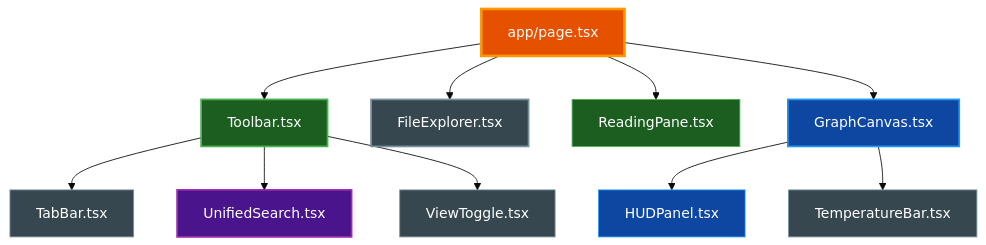
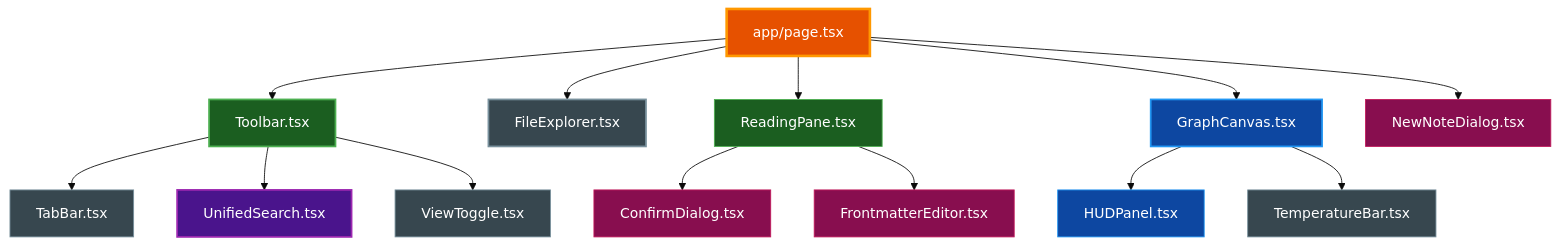
One commit to paulrobello/parsidion changed the second of 4 diagrams in docs/VISUALIZER.md. Above: the diagram before and after it, drawn with Mermaid (base theme). The commit also changed other lines of this file and 17 other files, not shown here.

First line of the commit message:
feat(visualizer): add note editing, creation, deletion with structured frontmatter editor

````diff
--- a/docs/VISUALIZER.md
+++ b/docs/VISUALIZER.md
@@ -102,34 +102,43 @@
 ```mermaid
 graph TD
     Page[app/page.tsx]
     Toolbar[Toolbar.tsx]
     TabBar[TabBar.tsx]
     Search[UnifiedSearch.tsx]
     ViewToggle[ViewToggle.tsx]
     Sidebar[FileExplorer.tsx]
     ReadPane[ReadingPane.tsx]
     GraphCanvas[GraphCanvas.tsx]
     HUD[HUDPanel.tsx]
     TempBar[TemperatureBar.tsx]
+    NewNote[NewNoteDialog.tsx]
+    Confirm[ConfirmDialog.tsx]
+    FmEditor[FrontmatterEditor.tsx]
 
     Page --> Toolbar
     Toolbar --> TabBar
     Toolbar --> Search
     Toolbar --> ViewToggle
     Page --> Sidebar
     Page --> ReadPane
     Page --> GraphCanvas
+    Page --> NewNote
+    ReadPane --> Confirm
+    ReadPane --> FmEditor
     GraphCanvas --> HUD
     GraphCanvas --> TempBar
 
     style Page fill:#e65100,stroke:#ff9800,stroke-width:3px,color:#ffffff
     style Toolbar fill:#1b5e20,stroke:#4caf50,stroke-width:2px,color:#ffffff
     style GraphCanvas fill:#0d47a1,stroke:#2196f3,stroke-width:2px,color:#ffffff
     style HUD fill:#0d47a1,stroke:#2196f3,stroke-width:1px,color:#ffffff
     style Sidebar fill:#37474f,stroke:#78909c,stroke-width:2px,color:#ffffff
     style ReadPane fill:#1b5e20,stroke:#4caf50,stroke-width:1px,color:#ffffff
     style TabBar fill:#37474f,stroke:#78909c,stroke-width:1px,color:#ffffff
     style Search fill:#4a148c,stroke:#9c27b0,stroke-width:2px,color:#ffffff
     style ViewToggle fill:#37474f,stroke:#78909c,stroke-width:1px,color:#ffffff
     style TempBar fill:#37474f,stroke:#78909c,stroke-width:1px,color:#ffffff
+    style NewNote fill:#880e4f,stroke:#c2185b,stroke-width:1px,color:#ffffff
+    style Confirm fill:#880e4f,stroke:#c2185b,stroke-width:1px,color:#ffffff
+    style FmEditor fill:#880e4f,stroke:#c2185b,stroke-width:1px,color:#ffffff
 ```
````
